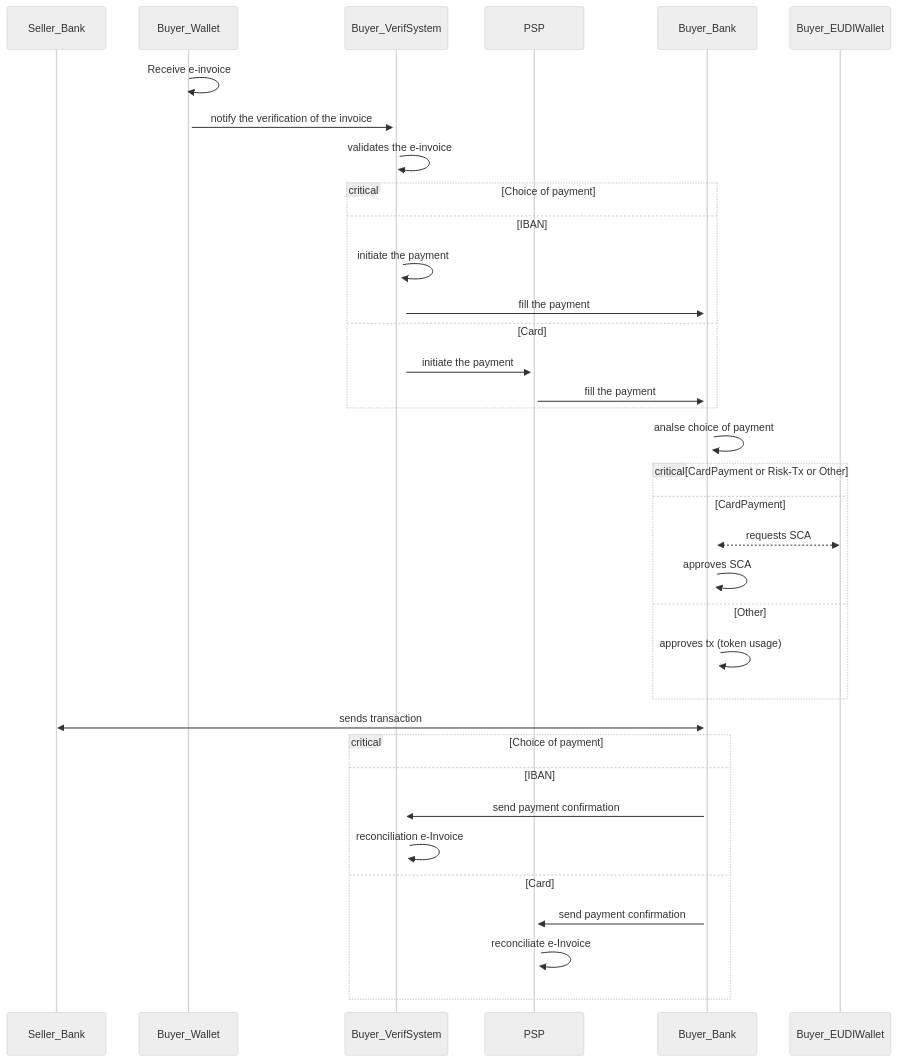
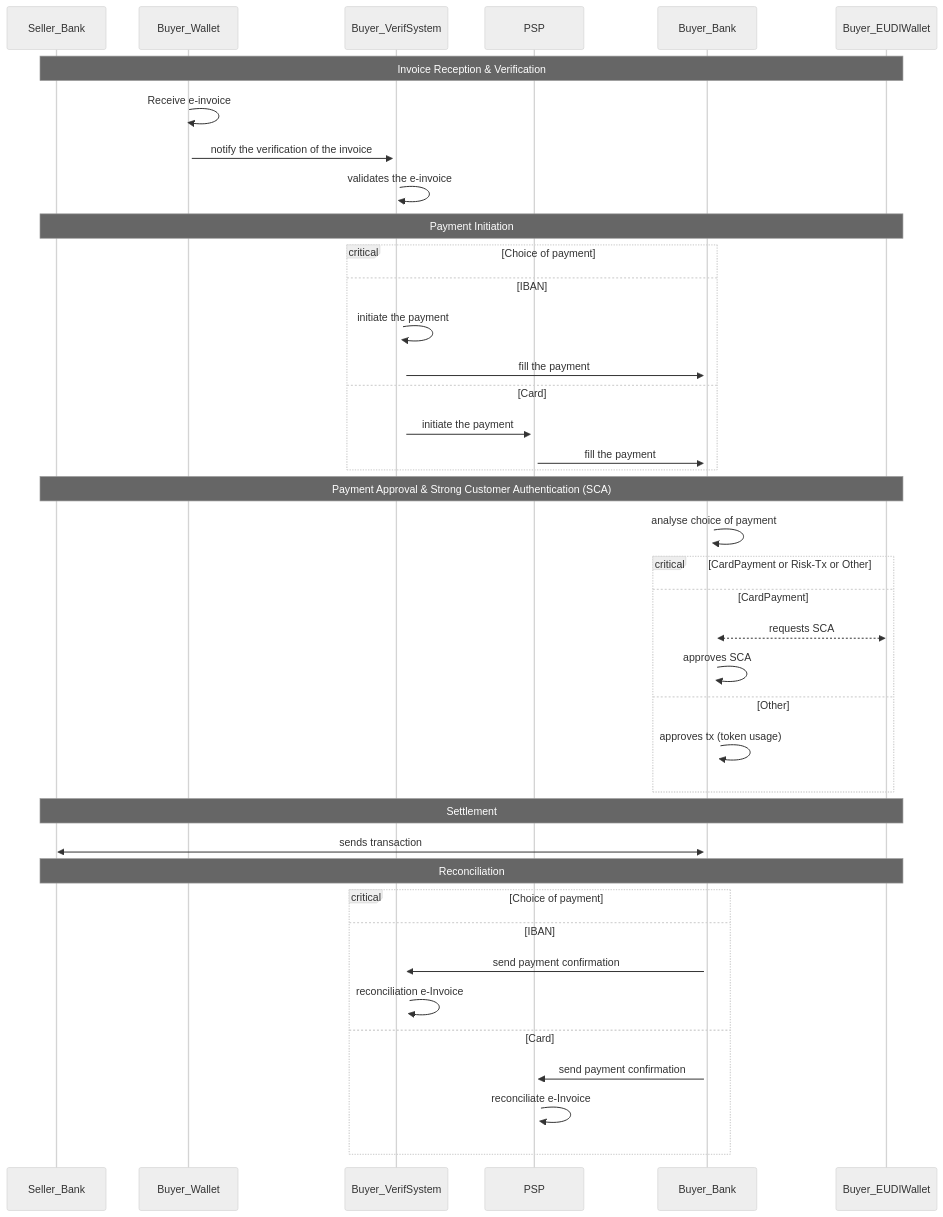
The diagram in PA4/PA4_Payment_Flow.mmd (flo0x/wp3-technology-standards), drawn with Mermaid (neutral theme) before and after one commit.

Commit message:
PA3 changes

```diff
--- a/PA4/PA4_Payment_Flow.mmd
+++ b/PA4/PA4_Payment_Flow.mmd
@@ -1,42 +1,48 @@
 sequenceDiagram
     participant Seller_Bank
     participant Buyer_Wallet
     participant Buyer_VerifSystem
     participant PSP
     participant Buyer_Bank
     participant Buyer_EUDIWallet
 
+    Note over Seller_Bank,Buyer_EUDIWallet: Invoice Reception & Verification
 
     Buyer_Wallet->>+Buyer_Wallet:Receive e-invoice
     Buyer_Wallet->>+ Buyer_VerifSystem : notify the verification of the invoice
     Buyer_VerifSystem->>+Buyer_VerifSystem: validates the e-invoice    
-    
+
+
+    Note over Seller_Bank,Buyer_EUDIWallet: Payment Initiation
     critical Choice of payment
     option IBAN
         Buyer_VerifSystem->>+Buyer_VerifSystem: initiate the payment 
         Buyer_VerifSystem->>+Buyer_Bank: fill the payment 
     option Card
         Buyer_VerifSystem->>+PSP: initiate the payment 
         PSP ->>+Buyer_Bank : fill the payment  
     end
-    
-    Buyer_Bank->>+Buyer_Bank: analse choice of payment
+
+    Note over Seller_Bank,Buyer_EUDIWallet: Payment Approval & Strong Customer Authentication (SCA)
+    Buyer_Bank->>+Buyer_Bank: analyse choice of payment
 
     critical CardPayment or Risk-Tx or Other
     option CardPayment 
         Buyer_Bank<<-->>Buyer_EUDIWallet: requests SCA
         Buyer_Bank->>+Buyer_Bank: approves SCA 
     option Other
         Buyer_Bank->>+Buyer_Bank: approves tx (token usage)
-    end 
-    
-    Buyer_Bank<<->>Seller_Bank: sends transaction 
+    end
 
+    Note over Seller_Bank,Buyer_EUDIWallet:  Settlement
+    Buyer_Bank<<->>Seller_Bank: sends transaction
+
+    Note over Seller_Bank,Buyer_EUDIWallet:  Reconciliation
     critical Choice of payment
     option IBAN
         Buyer_Bank->>+Buyer_VerifSystem : send payment confirmation
         Buyer_VerifSystem->>+Buyer_VerifSystem: reconciliation e-Invoice
     option Card
         Buyer_Bank->>+PSP : send payment confirmation
         PSP->>+PSP :reconciliate e-Invoice
     end
```
